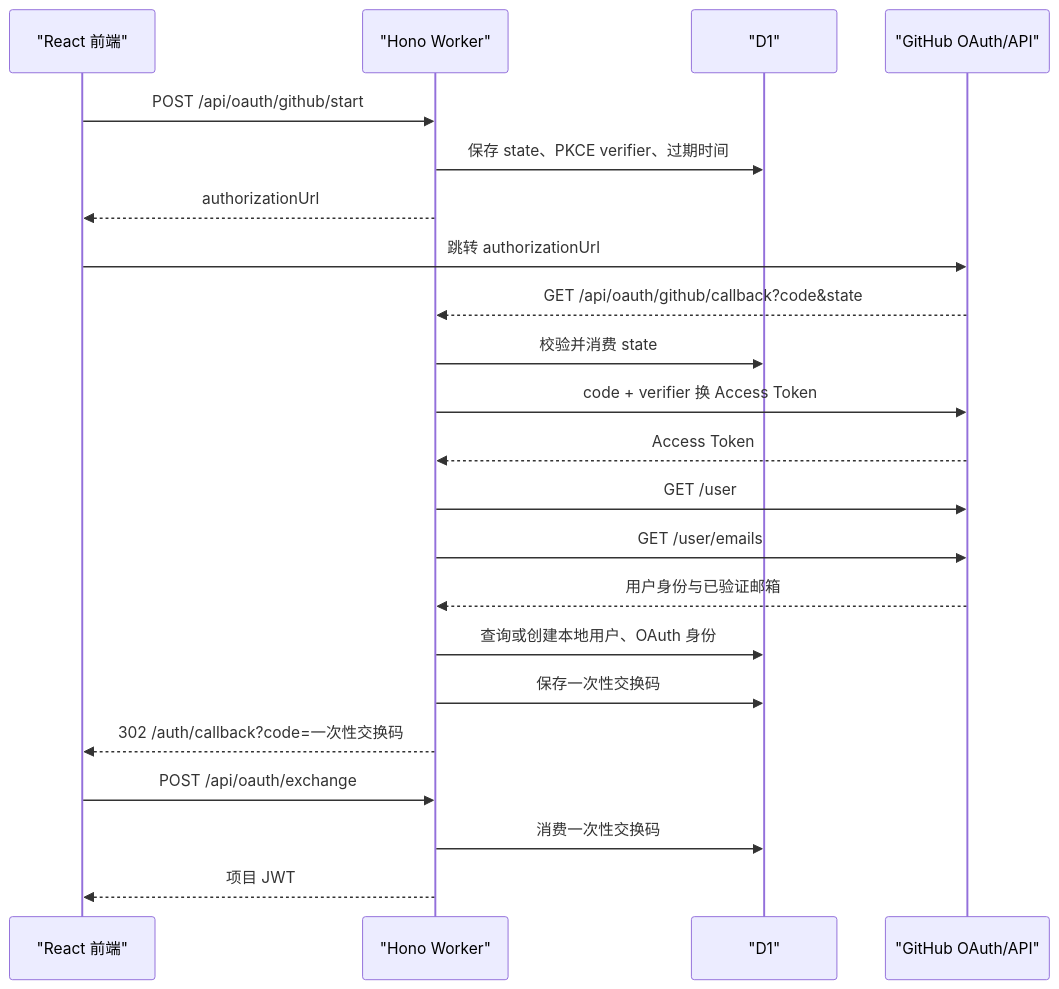
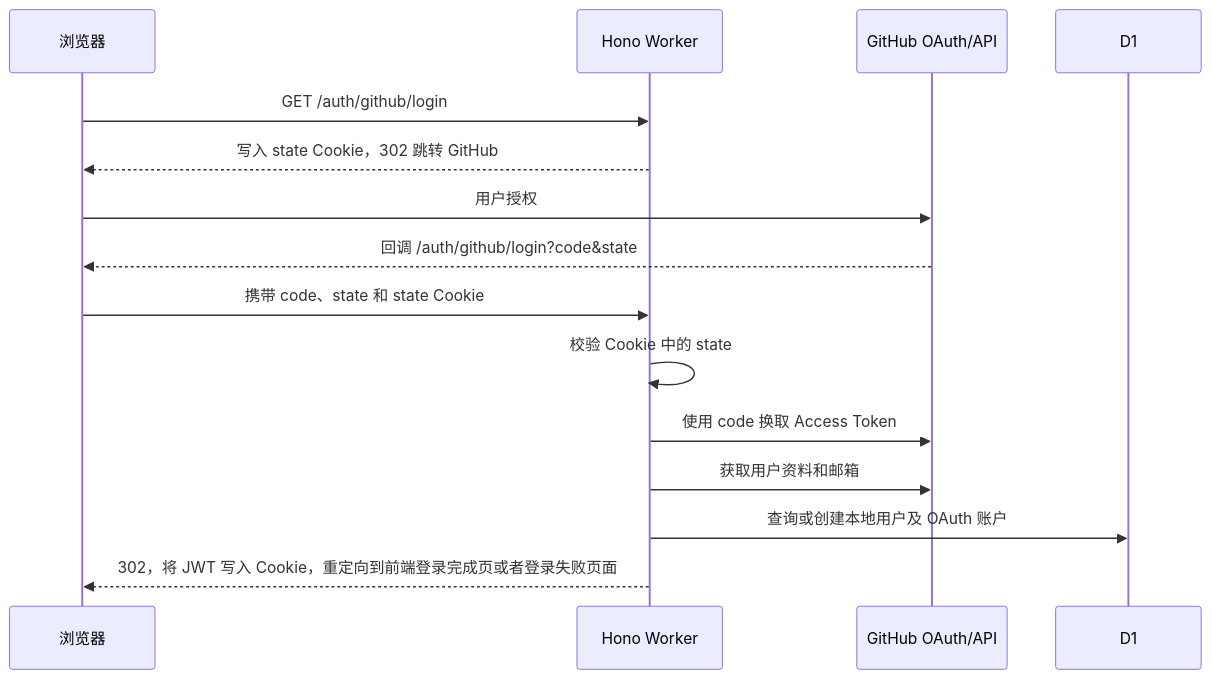
Before and after one commit to ryanzen9/cloudflare-hono-api-starter: the diagram in docs/guide/oauth.md, drawn with Mermaid. The commit also changed other lines of this file and 6 other files, not shown here.

Commit message:
fix(auth): 补全 oauth 登录完成后前端跳转相关

````diff
--- a/docs/guide/oauth.md
+++ b/docs/guide/oauth.md
@@ -5,25 +11,18 @@
 ```mermaid
 sequenceDiagram
-    participant UI as "React 前端"
-    participant API as "Hono Worker"
-    participant DB as "D1"
-    participant GitHub as "GitHub OAuth/API"
+    participant Browser as 浏览器
+    participant Worker as Hono Worker
+    participant GitHub as GitHub OAuth/API
+    participant D1 as D1
 
-    UI->>API: POST /api/oauth/github/start
-    API->>DB: 保存 state、PKCE verifier、过期时间
-    API-->>UI: authorizationUrl
-    UI->>GitHub: 跳转 authorizationUrl
-    GitHub-->>API: GET /api/oauth/github/callback?code&state
-    API->>DB: 校验并消费 state
-    API->>GitHub: code + verifier 换 Access Token
-    GitHub-->>API: Access Token
-    API->>GitHub: GET /user
-    API->>GitHub: GET /user/emails
-    GitHub-->>API: 用户身份与已验证邮箱
-    API->>DB: 查询或创建本地用户、OAuth 身份
-    API->>DB: 保存一次性交换码
-    API-->>UI: 302 /auth/callback?code=一次性交换码
-    UI->>API: POST /api/oauth/exchange
-    API->>DB: 消费一次性交换码
-    API-->>UI: 项目 JWT
+    Browser->>Worker: GET /auth/github/login
+    Worker-->>Browser: 写入 state Cookie，302 跳转 GitHub
+    Browser->>GitHub: 用户授权
+    GitHub-->>Browser: 回调 /auth/github/login?code&state
+    Browser->>Worker: 携带 code、state 和 state Cookie
+    Worker->>Worker: 校验 Cookie 中的 state
+    Worker->>GitHub: 使用 code 换取 Access Token
+    Worker->>GitHub: 获取用户资料和邮箱
+    Worker->>D1: 查询或创建本地用户及 OAuth 账户
+    Worker-->>Browser: 302，将 JWT 写入 Cookie，重定向到前端登录完成页或者登录失败页面
 ```
````
